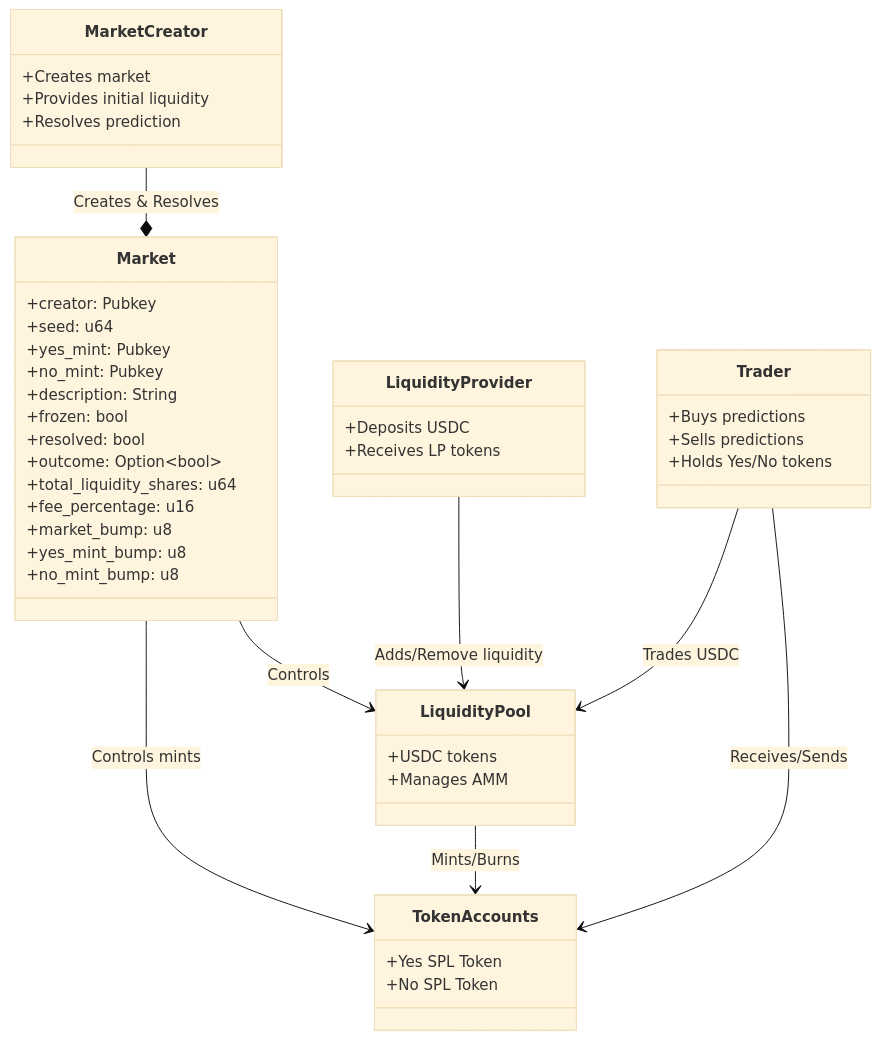
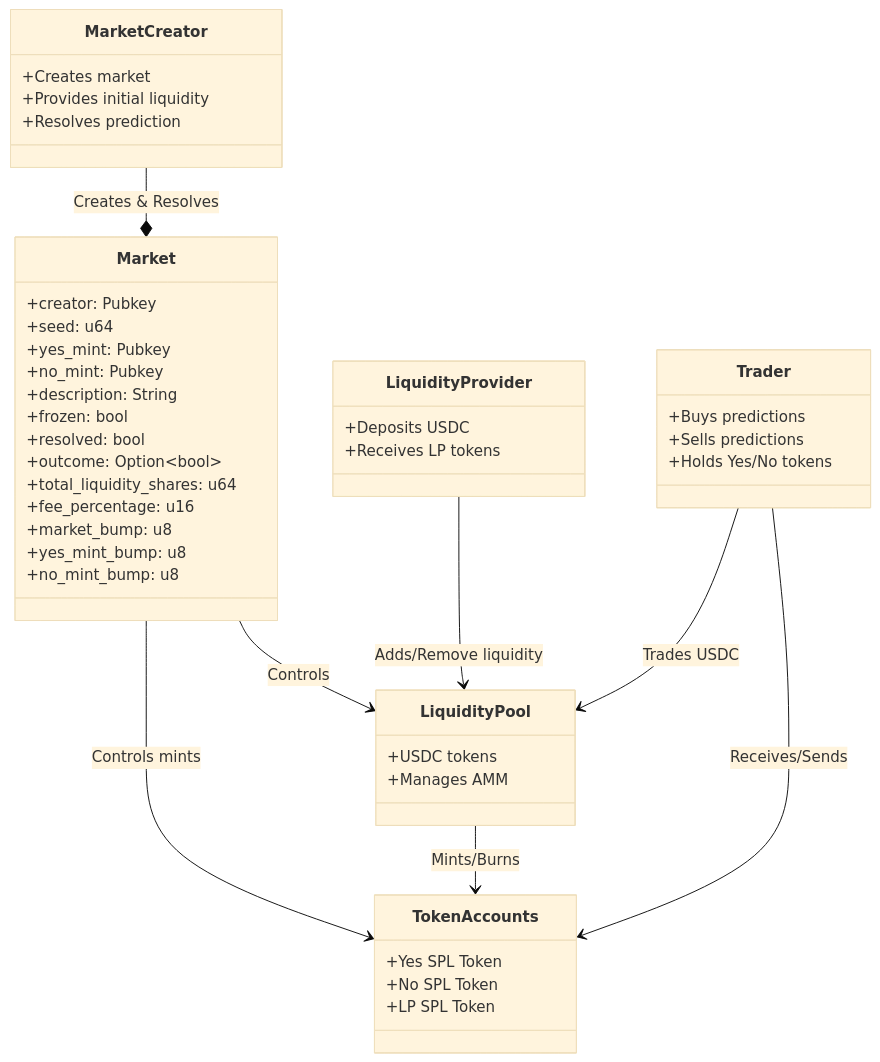
Before and after one commit to solana-turbin3/Q1_25_Builder_santy311: the first of 6 diagrams in capstone/architecture.md, drawn with Mermaid (base theme). The commit also changed other lines of this file, not shown here.

Commit message:
modified added LP Tokens architecture.md

````diff
--- a/capstone/architecture.md
+++ b/capstone/architecture.md
@@ -17,55 +17,56 @@
 ```mermaid
 classDiagram
     direction TB
 
     class Market {
         +creator: Pubkey
         +seed: u64
         +yes_mint: Pubkey
         +no_mint: Pubkey
         +description: String
         +frozen: bool
         +resolved: bool
         +outcome: Option~bool~
         +total_liquidity_shares: u64
         +fee_percentage: u16
         +market_bump: u8
         +yes_mint_bump: u8
         +no_mint_bump: u8
     }
 
     class MarketCreator {
         +Creates market
         +Provides initial liquidity
         +Resolves prediction
     }
 
     class LiquidityPool {
         +USDC tokens
         +Manages AMM
     }
 
     class LiquidityProvider {
         +Deposits USDC
         +Receives LP tokens
     }
 
     class Trader {
         +Buys predictions
         +Sells predictions
         +Holds Yes/No tokens
     }
 
     class TokenAccounts {
         +Yes SPL Token
         +No SPL Token
+        +LP SPL Token
     }
 
     MarketCreator --* Market : Creates & Resolves
     Market --> LiquidityPool : Controls
     Market --> TokenAccounts : Controls mints
     LiquidityProvider --> LiquidityPool : Adds/Remove liquidity
     LiquidityPool --> TokenAccounts : Mints/Burns
     Trader --> LiquidityPool : Trades USDC
     Trader --> TokenAccounts : Receives/Sends
 ```
````
